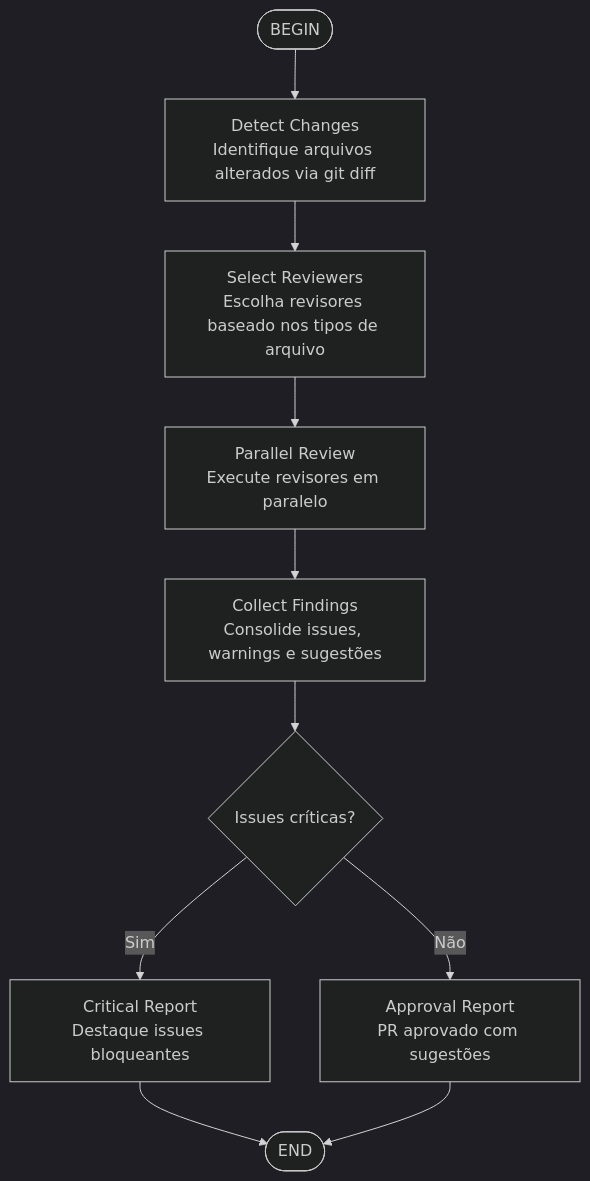
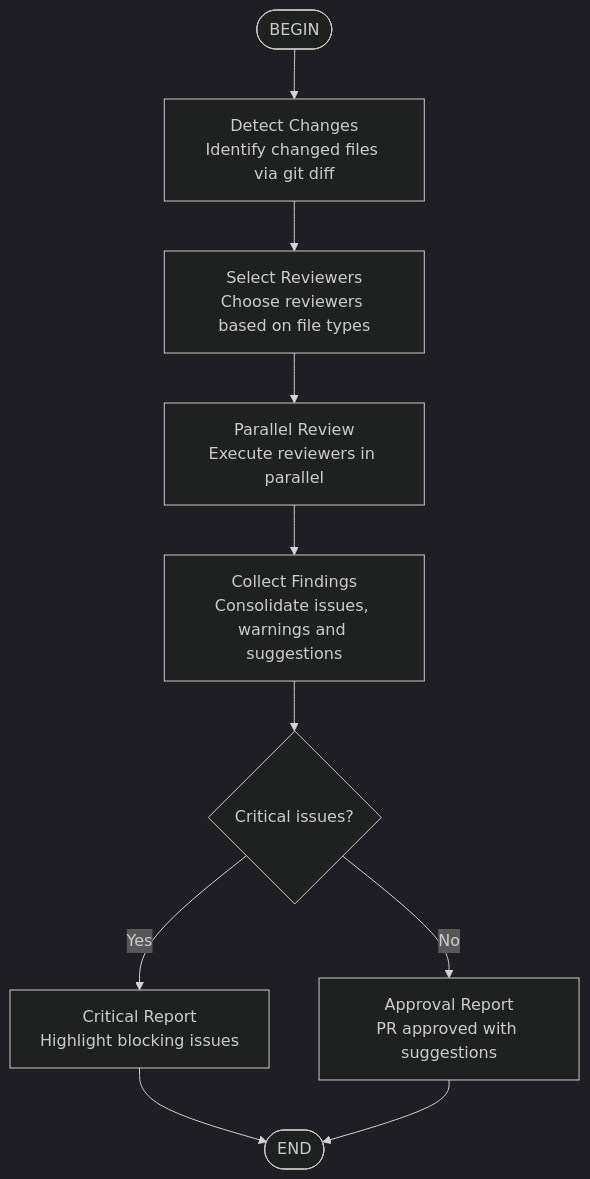
The diagram in skills/pr-review/SKILL.md (eduardoabreu81/everything-kimi-code), drawn with Mermaid (dark theme) before and after one commit. The commit also changed other lines of this file and 8 other files, not shown here.

````diff
--- a/skills/pr-review/SKILL.md
+++ b/skills/pr-review/SKILL.md
@@ -11,12 +11,12 @@
 ```mermaid
 flowchart TD
-    A([BEGIN]) --> B[Detect Changes<br/>Identifique arquivos alterados via git diff]
-    B --> C[Select Reviewers<br/>Escolha revisores baseado nos tipos de arquivo]
-    C --> D[Parallel Review<br/>Execute revisores em paralelo]
-    D --> E[Collect Findings<br/>Consolide issues, warnings e sugestões]
-    E --> F{Issues críticas?}
-    F -->|Sim| G[Critical Report<br/>Destaque issues bloqueantes]
-    F -->|Não| H[Approval Report<br/>PR aprovado com sugestões]
+    A([BEGIN]) --> B[Detect Changes<br/>Identify changed files via git diff]
+    B --> C[Select Reviewers<br/>Choose reviewers based on file types]
+    C --> D[Parallel Review<br/>Execute reviewers in parallel]
+    D --> E[Collect Findings<br/>Consolidate issues, warnings and suggestions]
+    E --> F{Critical issues?}
+    F -->|Yes| G[Critical Report<br/>Highlight blocking issues]
+    F -->|No| H[Approval Report<br/>PR approved with suggestions]
     G --> I([END])
     H --> I
 ```
````
